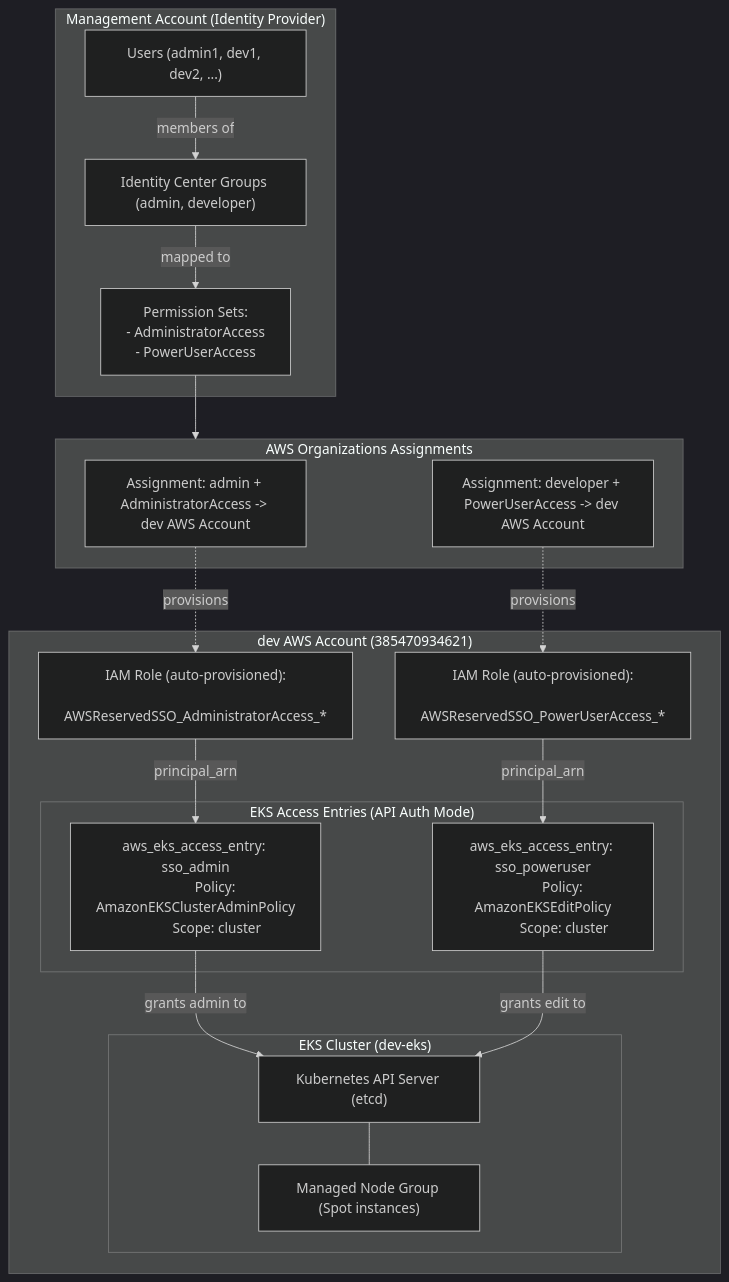
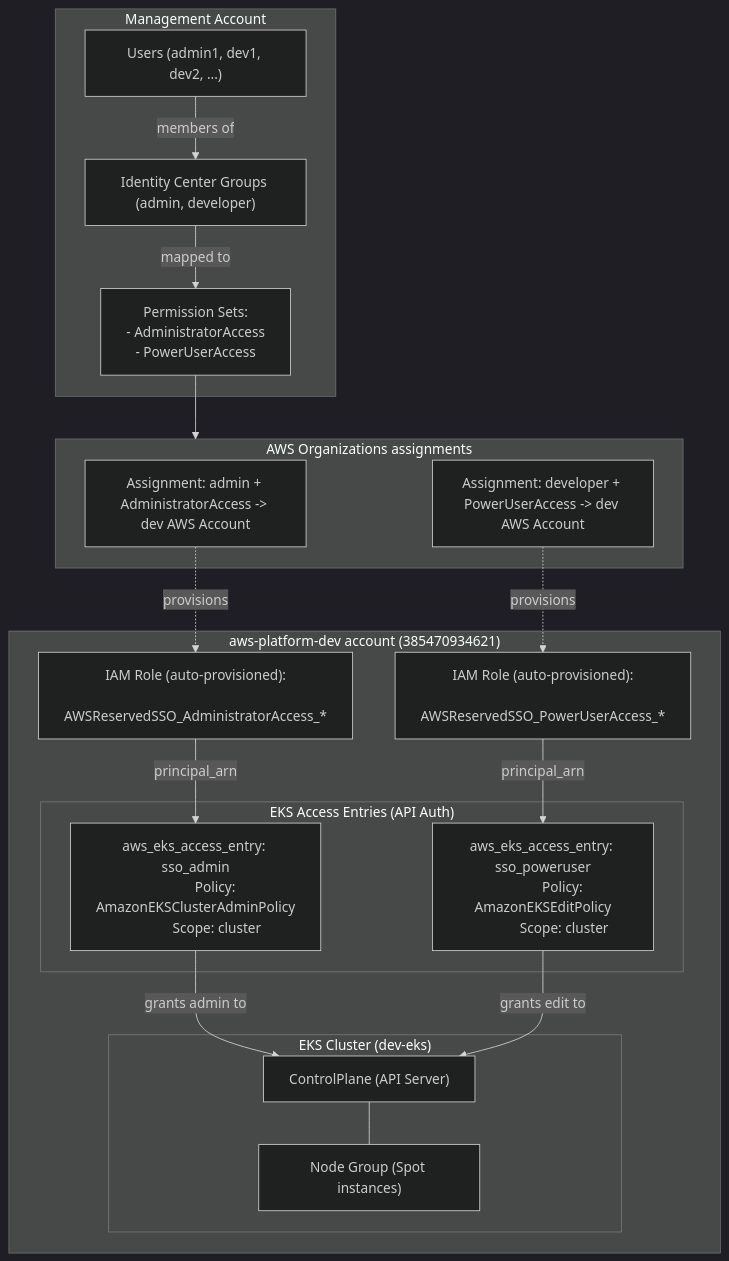
One commit to ericmolinam/aws-projects changed the first of 2 diagrams in lab-aws-eks/README.md. Above: the diagram before and after it, drawn with Mermaid (dark theme). The commit also changed other lines of this file, not shown here.

Commit message:
refactor: improve clarity and consistency in README architecture diagrams and descriptions

````diff
--- a/lab-aws-eks/README.md
+++ b/lab-aws-eks/README.md
@@ -7,50 +7,50 @@
 ```mermaid
 flowchart TD
-    subgraph Management_Account["Management Account (Identity Provider)"]
+    subgraph Management_Account["Management Account"]
         Users["Users (admin1, dev1, dev2, ...)"]
         Groups["Identity Center Groups (admin, developer)"]
         PermSets["Permission Sets:
         - AdministratorAccess
         - PowerUserAccess"]
 
         Users -->|members of| Groups
         Groups -->|mapped to| PermSets
     end
 
-    subgraph AWS_Organizations["AWS Organizations Assignments"]
+    subgraph AWS_Organizations["AWS Organizations assignments"]
         AssignAdmin["Assignment: admin + AdministratorAccess -> dev AWS Account"]
         AssignDev["Assignment: developer + PowerUserAccess -> dev AWS Account"]
     end
 
-    subgraph Dev_Account["dev AWS Account (385470934621)"]
+    subgraph Dev_Account["aws-platform-dev account (385470934621)"]
         RoleAdmin["IAM Role (auto-provisioned):
         AWSReservedSSO_AdministratorAccess_*"]
         RoleDev["IAM Role (auto-provisioned):
         AWSReservedSSO_PowerUserAccess_*"]
 
-        subgraph EKS_Access_Entries["EKS Access Entries (API Auth Mode)"]
+        subgraph EKS_Access_Entries["EKS Access Entries (API Auth)"]
             EntryAdmin["aws_eks_access_entry: sso_admin
             Policy: AmazonEKSClusterAdminPolicy
             Scope: cluster"]
             EntryDev["aws_eks_access_entry: sso_poweruser
             Policy: AmazonEKSEditPolicy
             Scope: cluster"]
         end
 
         subgraph Cluster["EKS Cluster (dev-eks)"]
-            ControlPlane["Kubernetes API Server (etcd)"]
-            NodeGroup["Managed Node Group (Spot instances)"]
+            ControlPlane["ControlPlane (API Server)"]
+            NodeGroup["Node Group (Spot instances)"]
         end
     end
 
     PermSets --> AWS_Organizations
     AssignAdmin -.->|provisions| RoleAdmin
     AssignDev -.->|provisions| RoleDev
 
     RoleAdmin -->|principal_arn| EntryAdmin
     RoleDev -->|principal_arn| EntryDev
 
     EntryAdmin -->|grants admin to| ControlPlane
     EntryDev -->|grants edit to| ControlPlane
     ControlPlane --- NodeGroup
 ```
````
